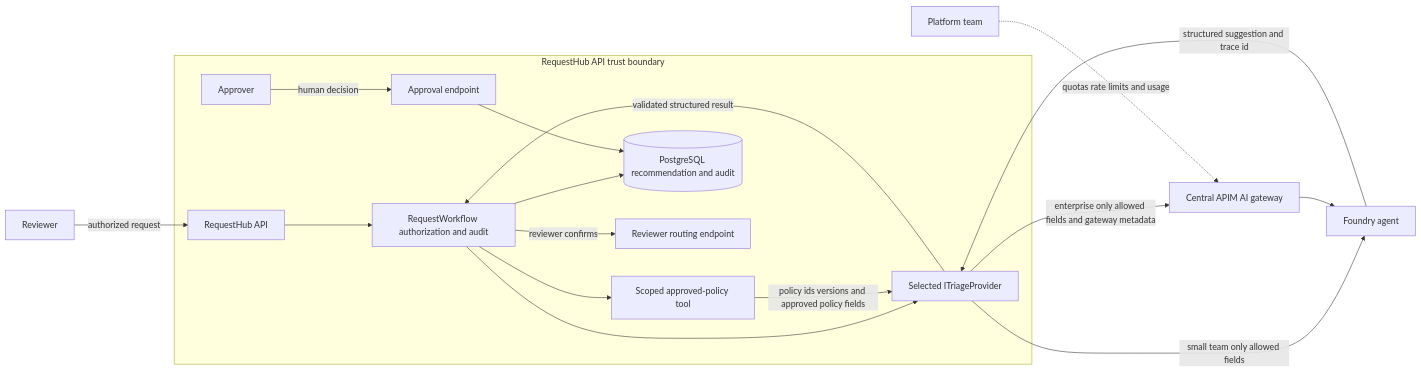
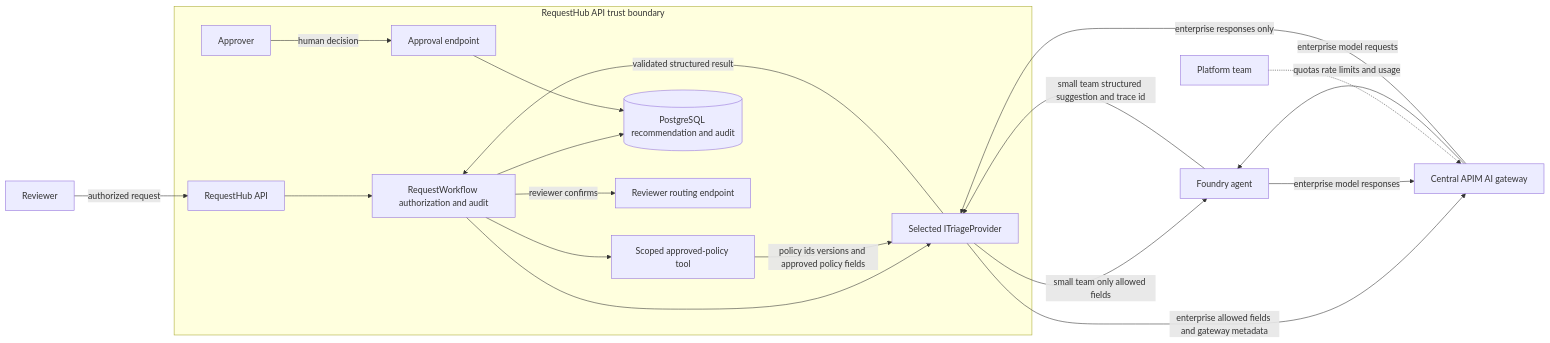
One commit to melabadi/ai-sdlc-landing-zone changed the first of 2 diagrams in docs/architecture/adr/0001-live-ai-triage-provider.md. Above: the diagram before and after it, drawn with Mermaid. The commit also changed other lines of this file, not shown here.

````diff
--- a/docs/architecture/adr/0001-live-ai-triage-provider.md
+++ b/docs/architecture/adr/0001-live-ai-triage-provider.md
@@ -58,20 +58,22 @@
 ```mermaid
 flowchart LR
   Reviewer[Reviewer] -->|authorized request| API[RequestHub API]
   subgraph App["RequestHub API trust boundary"]
     API --> WF[RequestWorkflow authorization and audit]
     WF --> Provider[Selected ITriageProvider]
     WF --> PolicyTool[Scoped approved-policy tool]
     PolicyTool -->|policy ids versions and approved policy fields| Provider
     Provider -->|validated structured result| WF
     WF --> DB[(PostgreSQL recommendation and audit)]
     WF -->|reviewer confirms| Route[Reviewer routing endpoint]
     Approver[Approver] -->|human decision| Decide[Approval endpoint]
     Decide --> DB
   end
   Provider -->|small team only allowed fields| Foundry[Foundry agent]
-  Provider -->|enterprise only allowed fields and gateway metadata| APIM[Central APIM AI gateway]
-  APIM --> Foundry
-  Foundry -->|structured suggestion and trace id| Provider
+  Foundry -->|small team structured suggestion and trace id| Provider
+  Provider -->|enterprise allowed fields and gateway metadata| APIM[Central APIM AI gateway]
+  APIM -->|enterprise model requests| Foundry
+  Foundry -->|enterprise model responses| APIM
+  APIM -->|enterprise responses only| Provider
   Platform[Platform team] -.->|quotas rate limits and usage| APIM
 ```
````
